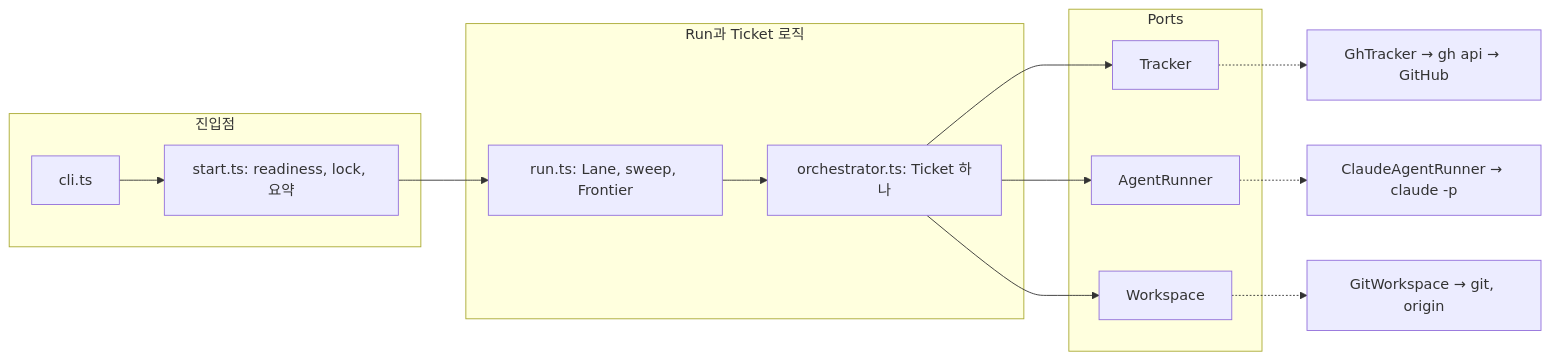
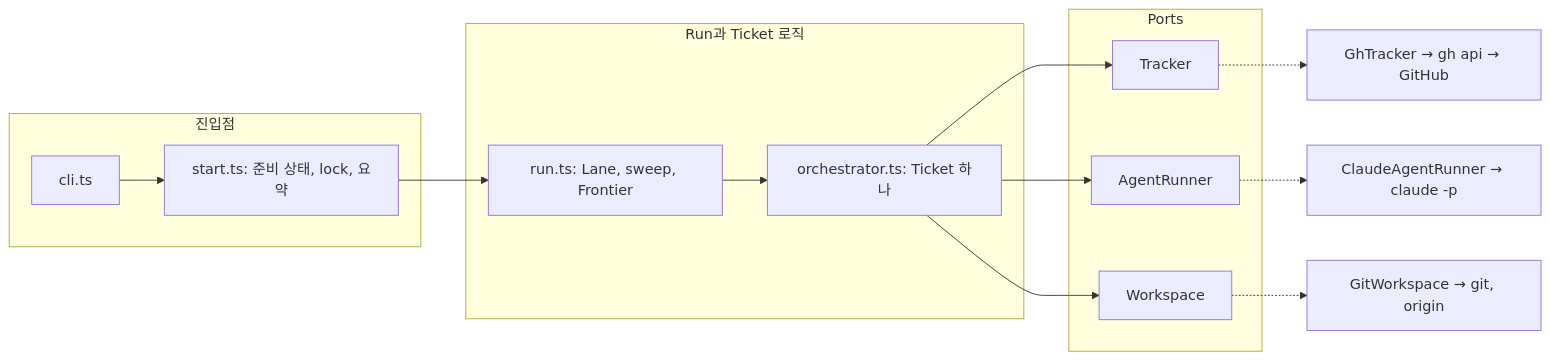
One commit to jjongs2/ticket-runner changed the first of 2 diagrams in wiki/ko/guide/internals.md. Above: the diagram before and after it, drawn with Mermaid. The commit also changed other lines of this file and 20 other files, not shown here.

````diff
--- a/wiki/ko/guide/internals.md
+++ b/wiki/ko/guide/internals.md
@@ -20,21 +20,21 @@
 ```mermaid
 flowchart LR
     subgraph Entry["진입점"]
-        CLI["cli.ts"] --> START["start.ts: readiness, lock, 요약"]
+        CLI["cli.ts"] --> START["start.ts: 준비 상태, lock, 요약"]
     end
     subgraph Core["Run과 Ticket 로직"]
         RUN["run.ts: Lane, sweep, Frontier"] --> ORCH["orchestrator.ts: Ticket 하나"]
     end
     subgraph Ports
         T["Tracker"]
         A["AgentRunner"]
         W["Workspace"]
     end
     START --> RUN
     ORCH --> T
     ORCH --> A
     ORCH --> W
     T -.-> GH["GhTracker → gh api → GitHub"]
     A -.-> CL["ClaudeAgentRunner → claude -p"]
     W -.-> GIT["GitWorkspace → git, origin"]
 ```
````
